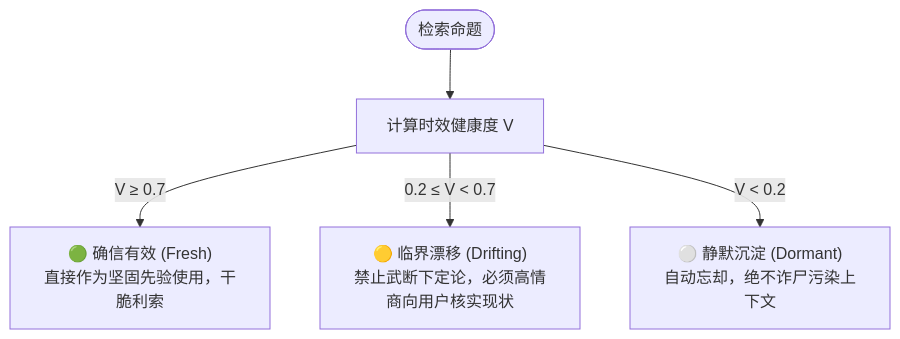
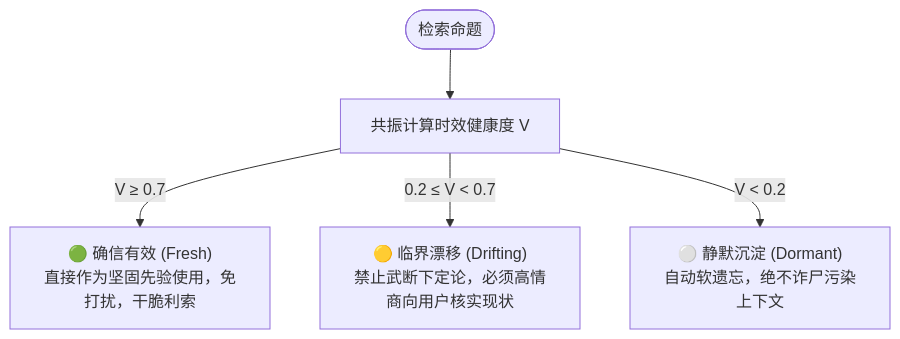
Before and after one commit to echo983/constancy-mcp: the first of 2 diagrams in README.md, drawn with Mermaid. The commit also changed other lines of this file and 1 other file, not shown here.

````diff
--- a/README.md
+++ b/README.md
@@ -53,8 +59,8 @@
 ```mermaid
 graph TD
-    Search([检索命题]) --> Compute[计算时效健康度 V]
+    Search([检索命题]) --> Compute[共振计算时效健康度 V]
     
-    Compute -->|V ≥ 0.7| Green["🟢 确信有效 (Fresh)<br>直接作为坚固先验使用，干脆利索"]
+    Compute -->|V ≥ 0.7| Green["🟢 确信有效 (Fresh)<br>直接作为坚固先验使用，免打扰，干脆利索"]
     Compute -->|0.2 ≤ V < 0.7| Yellow["🟡 临界漂移 (Drifting)<br>禁止武断下定论，必须高情商向用户核实现状"]
-    Compute -->|V < 0.2| Gray["⚪ 静默沉淀 (Dormant)<br>自动忘却，绝不诈尸污染上下文"]
+    Compute -->|V < 0.2| Gray["⚪ 静默沉淀 (Dormant)<br>自动软遗忘，绝不诈尸污染上下文"]
 ```
````
